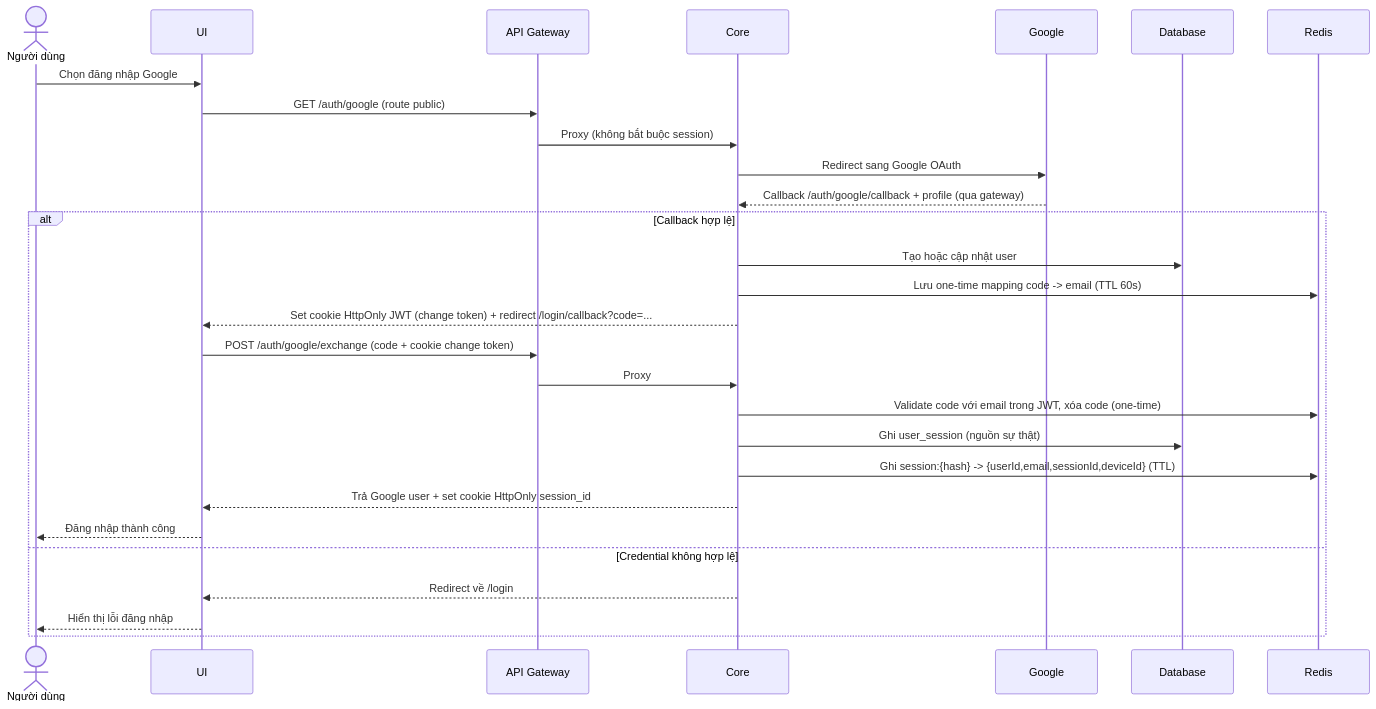
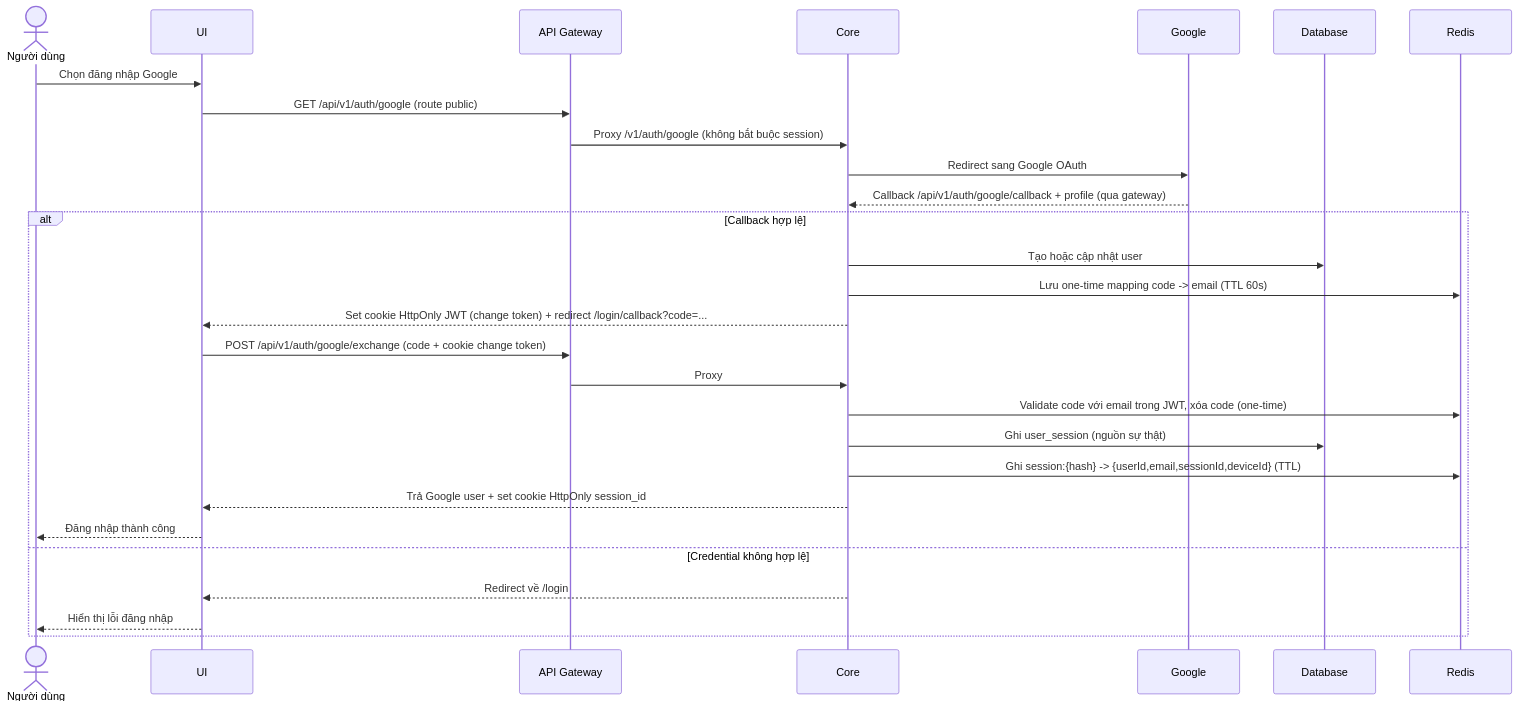
One commit to CVThien2k2/joytab changed the second of 6 diagrams in docs/thiet-ke-he-thong-20260522.md. Above: the diagram before and after it, drawn with Mermaid. The commit also changed other lines of this file and 3 other files, not shown here.

Commit message:
docs: update routes to /api/v1 gateway namespace + v1 controllers

````diff
--- a/docs/thiet-ke-he-thong-20260522.md
+++ b/docs/thiet-ke-he-thong-20260522.md
@@ -47,31 +47,31 @@
 ```mermaid
 sequenceDiagram
   actor ND as Người dùng
   participant UI
   participant GW as API Gateway
   participant API as Core
   participant GG as Google
   participant DB as Database
   participant RD as Redis
 
   ND->>UI: Chọn đăng nhập Google
-  UI->>GW: GET /auth/google (route public)
-  GW->>API: Proxy (không bắt buộc session)
+  UI->>GW: GET /api/v1/auth/google (route public)
+  GW->>API: Proxy /v1/auth/google (không bắt buộc session)
   API->>GG: Redirect sang Google OAuth
-  GG-->>API: Callback /auth/google/callback + profile (qua gateway)
+  GG-->>API: Callback /api/v1/auth/google/callback + profile (qua gateway)
   alt Callback hợp lệ
     API->>DB: Tạo hoặc cập nhật user
     API->>RD: Lưu one-time mapping code -> email (TTL 60s)
     API-->>UI: Set cookie HttpOnly JWT (change token) + redirect /login/callback?code=...
-    UI->>GW: POST /auth/google/exchange (code + cookie change token)
+    UI->>GW: POST /api/v1/auth/google/exchange (code + cookie change token)
     GW->>API: Proxy
     API->>RD: Validate code với email trong JWT, xóa code (one-time)
     API->>DB: Ghi user_session (nguồn sự thật)
     API->>RD: Ghi session:{hash} -> {userId,email,sessionId,deviceId} (TTL)
     API-->>UI: Trả Google user + set cookie HttpOnly session_id
     UI-->>ND: Đăng nhập thành công
   else Credential không hợp lệ
     API-->>UI: Redirect về /login
     UI-->>ND: Hiển thị lỗi đăng nhập
   end
 ```
````
